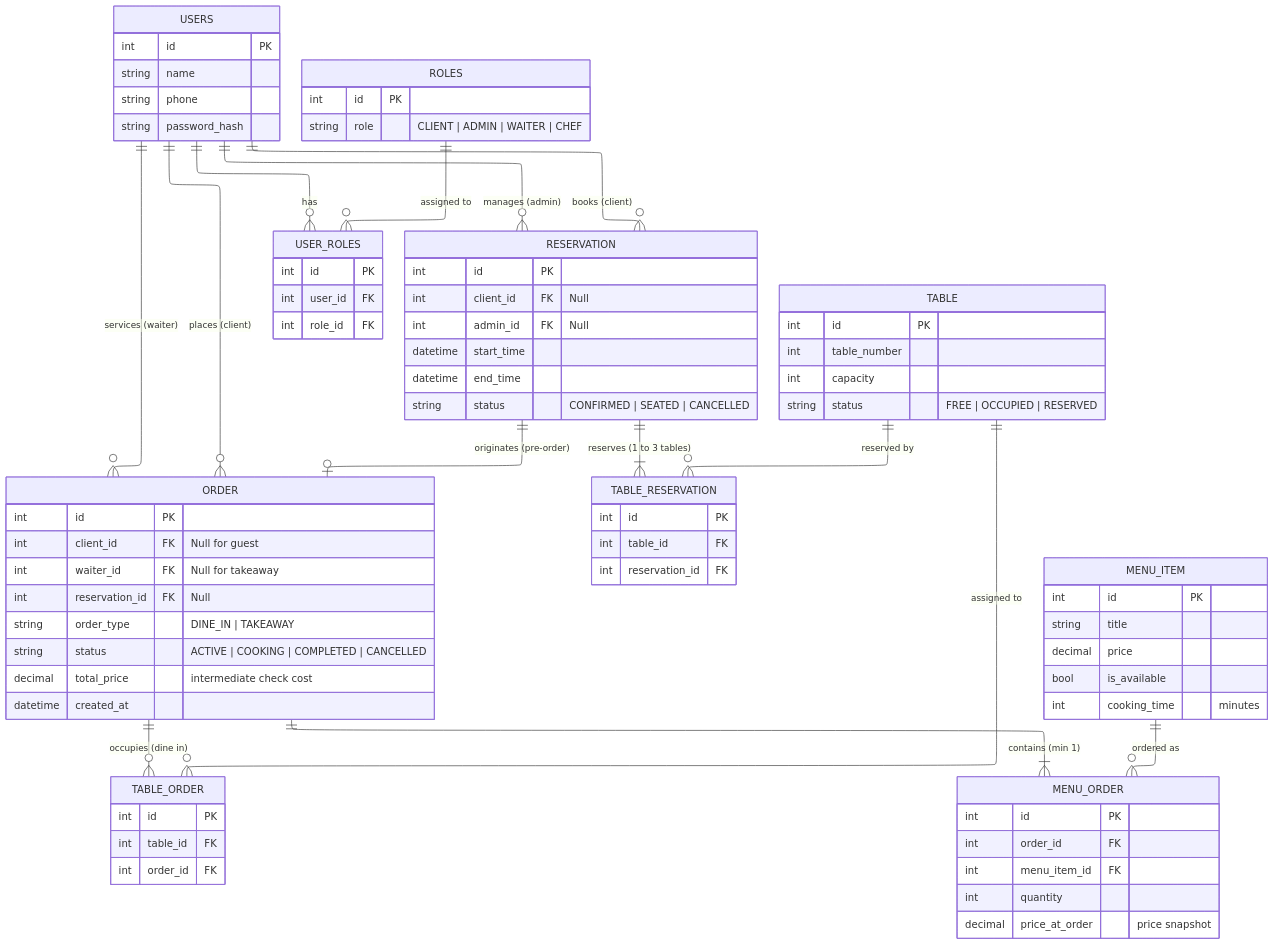
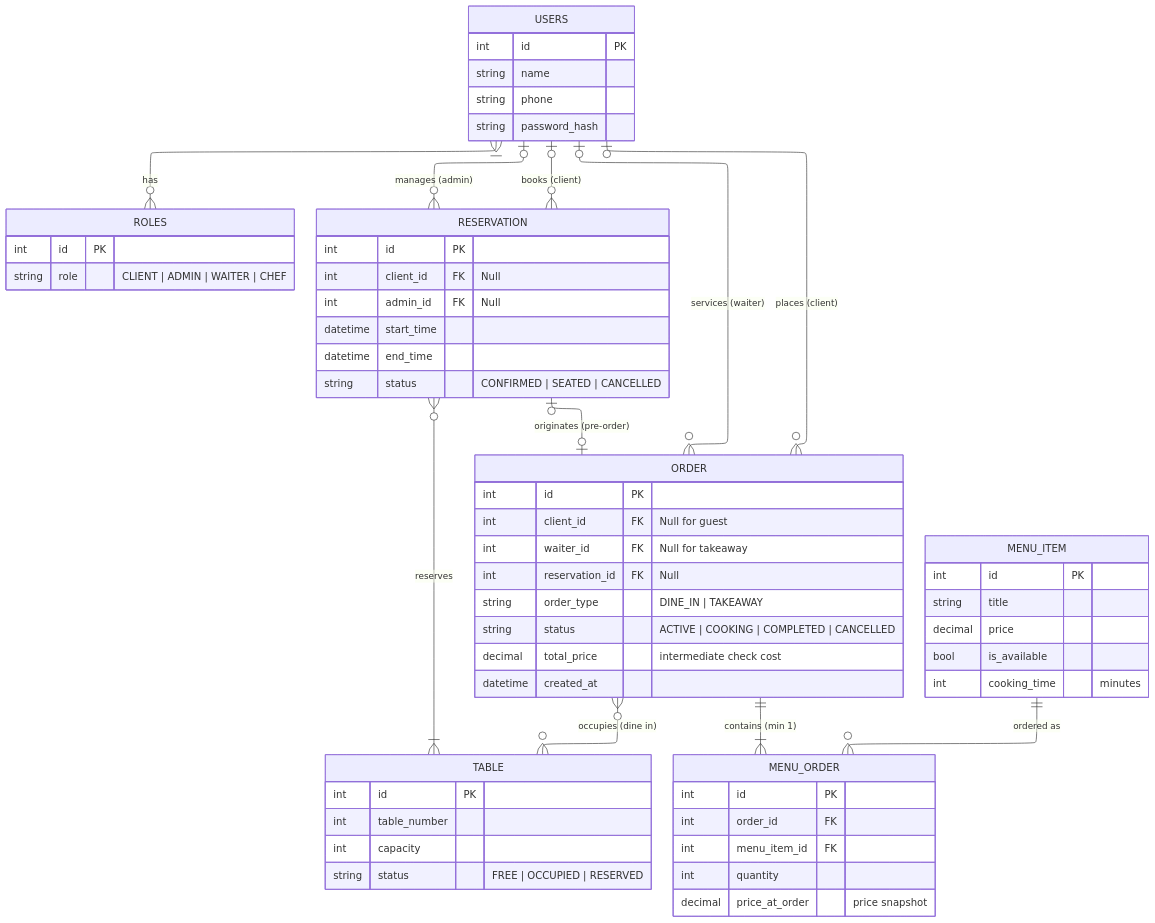
One commit to cyjiky/TableFlow changed the diagram in Labs/Lab1/models/base_model.mmd. Above: the diagram before and after it, drawn with Mermaid. The commit also changed 3 other files, not shown here.

Commit message:
Remove intermediate tables from the schema for Lab1

```diff
--- a/Labs/Lab1/models/base_model.mmd
+++ b/Labs/Lab1/models/base_model.mmd
@@ -1,95 +1,74 @@
 ---
 config:
     layout: elk
 ---
 erDiagram
-    USERS ||--o{ USER_ROLES : "has"
-    ROLES ||--o{ USER_ROLES : "assigned to"
+    USERS }|--o{ ROLES : "has"
 
-    USERS ||--o{ RESERVATION : "books (client)"
-    USERS ||--o{ RESERVATION : "manages (admin)"
-    USERS ||--o{ ORDER : "places (client)"
-    USERS ||--o{ ORDER : "services (waiter)"
+    USERS |o--o{ RESERVATION : "books (client)"
+    USERS |o--o{ RESERVATION : "manages (admin)"
+    USERS |o--o{ ORDER : "places (client)"
+    USERS |o--o{ ORDER : "services (waiter)"
 
-    RESERVATION ||--|{ TABLE_RESERVATION : "reserves (1 to 3 tables)"
-    TABLE ||--o{ TABLE_RESERVATION : "reserved by"
-    RESERVATION ||--o| ORDER : "originates (pre-order)"
+    RESERVATION }o--|{ TABLE : "reserves"
+    RESERVATION |o--o| ORDER : "originates (pre-order)"
 
-    ORDER ||--o{ TABLE_ORDER : "occupies (dine in)"
-    TABLE ||--o{ TABLE_ORDER : "assigned to"
+    ORDER }o--o{ TABLE : "occupies (dine in)"
 
     ORDER ||--|{ MENU_ORDER : "contains (min 1)"
     MENU_ITEM ||--o{ MENU_ORDER : "ordered as"
 
     USERS {
         int id PK
         string name
         string phone
         string password_hash
     }
 
     ROLES {
         int id PK
         string role "CLIENT | ADMIN | WAITER | CHEF"
-    }
-
-    USER_ROLES {
-        int id PK
-        int user_id FK
-        int role_id FK
     }
 
     TABLE {
         int id PK
         int table_number
         int capacity
         string status "FREE | OCCUPIED | RESERVED"
     }
 
     RESERVATION {
         int id PK
         int client_id FK "Null"
         int admin_id FK "Null"
         datetime start_time
         datetime end_time
         string status "CONFIRMED | SEATED | CANCELLED"
     }
 
-    TABLE_RESERVATION {
-        int id PK
-        int table_id FK
-        int reservation_id FK
-    }
-
     ORDER {
         int id PK
         int client_id FK "Null for guest"
         int waiter_id FK "Null for takeaway"
         int reservation_id FK "Null"
         string order_type "DINE_IN | TAKEAWAY"
         string status "ACTIVE | COOKING | COMPLETED | CANCELLED"
         decimal total_price "intermediate check cost"
         datetime created_at
-    }
-
-    TABLE_ORDER {
-        int id PK
-        int table_id FK
-        int order_id FK
     }
 
     MENU_ITEM {
         int id PK
         string title
         decimal price
         bool is_available
         int cooking_time "minutes"
     }
 
     MENU_ORDER {
         int id PK
         int order_id FK
         int menu_item_id FK
         int quantity
         decimal price_at_order "price snapshot"
     }
```
